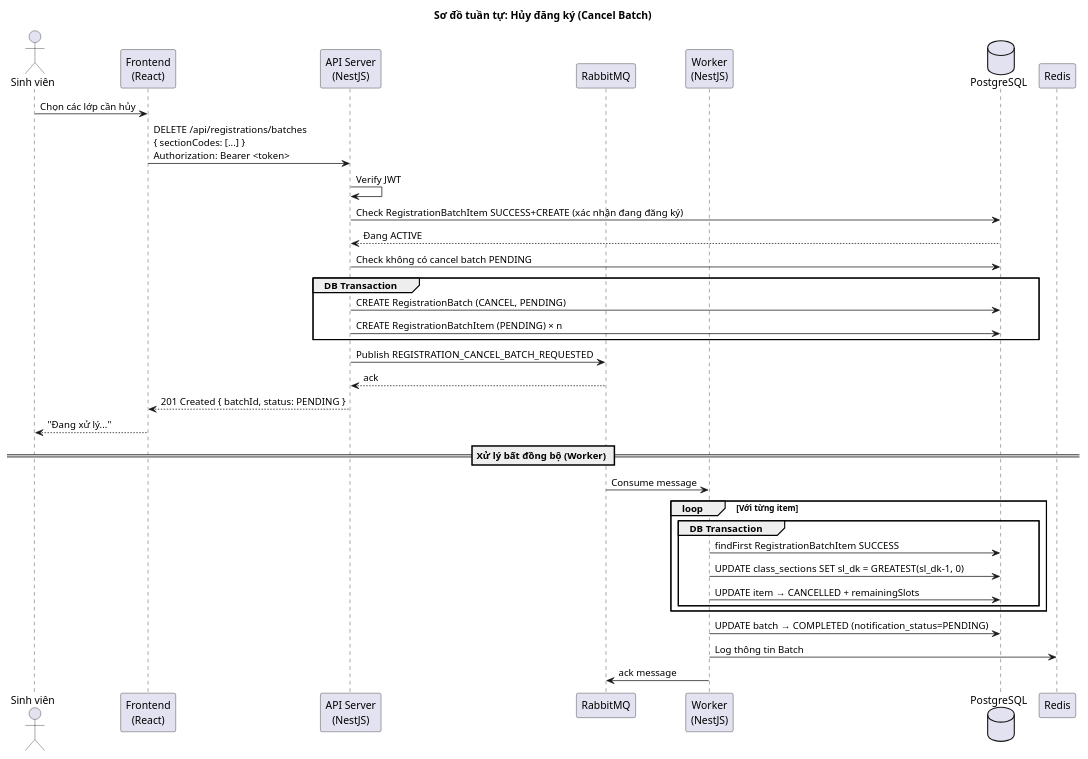
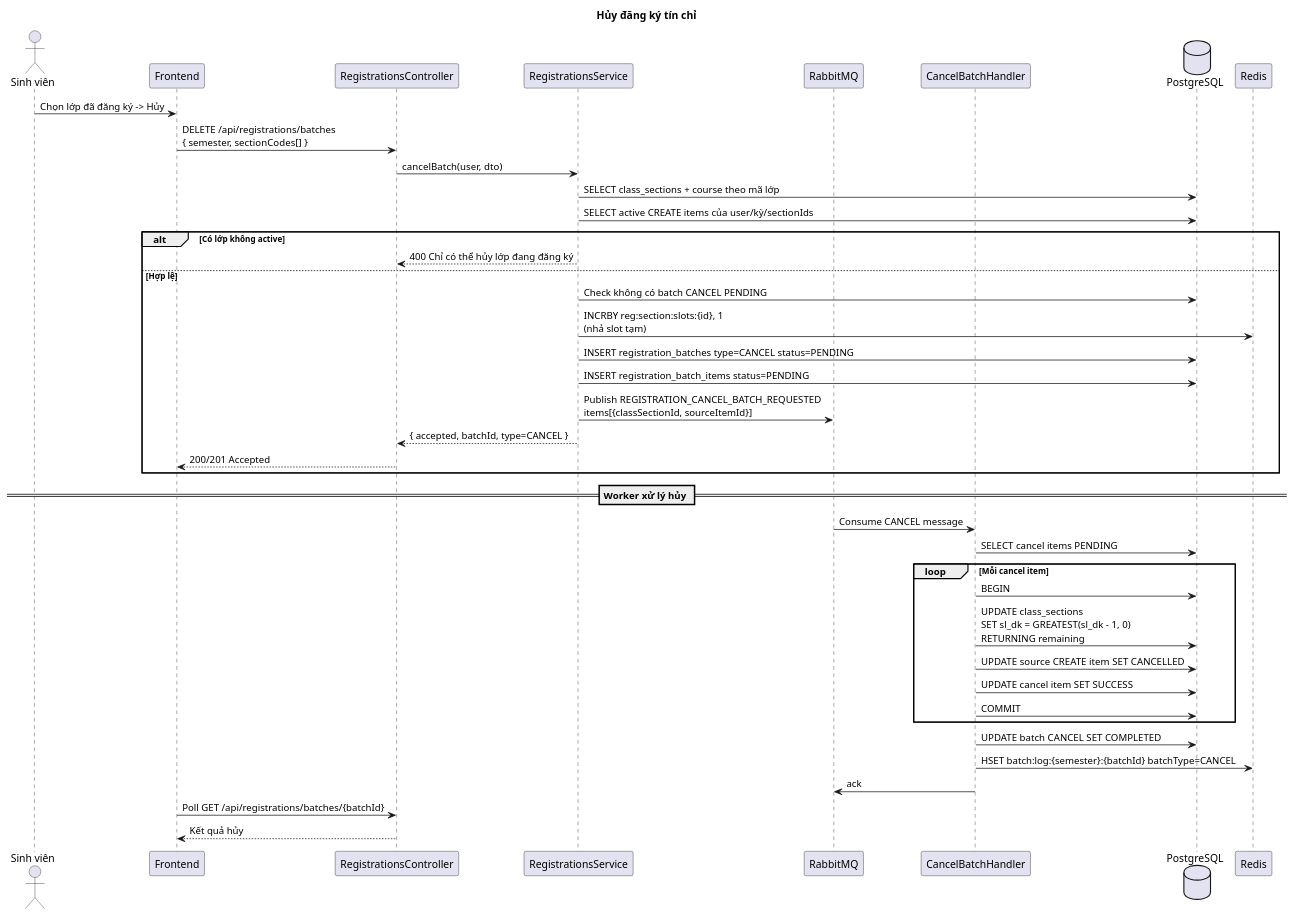
The sixth of 20 diagrams in docs/doc/sequence-diagrams.md (huyhuyqazwsx/do_an_tot_nghiep), drawn with PlantUML before and after one commit. The commit also changed other lines of this file and 1 other file, not shown here.

````diff
--- a/docs/doc/sequence-diagrams.md
+++ b/docs/doc/sequence-diagrams.md
@@ -125,49 +277,51 @@
 ```plantuml
-@startuml SD_CancelBatch
-title Sơ đồ tuần tự: Hủy đăng ký (Cancel Batch)
+@startuml SD_CancelRegistrationBatch
+title Hủy đăng ký tín chỉ
 
 actor "Sinh viên" as SV
-participant "Frontend\n(React)" as FE
-participant "API Server\n(NestJS)" as API
+participant "Frontend" as FE
+participant "RegistrationsController" as RegC
+participant "RegistrationsService" as RegS
 participant "RabbitMQ" as MQ
-participant "Worker\n(NestJS)" as Worker
+participant "CancelBatchHandler" as Worker
 database "PostgreSQL" as DB
 participant "Redis" as Redis
 
-SV -> FE : Chọn các lớp cần hủy
+SV -> FE : Chọn lớp đã đăng ký -> Hủy
+FE -> RegC : DELETE /api/registrations/batches\n{ semester, sectionCodes[] }
+RegC -> RegS : cancelBatch(user, dto)
 
-FE -> API : DELETE /api/registrations/batches\n{ sectionCodes: [...] }\nAuthorization: Bearer <token>
-
-API -> API : Verify JWT
-API -> DB : Check RegistrationBatchItem SUCCESS+CREATE (xác nhận đang đăng ký)
-DB --> API : Đang ACTIVE
-API -> DB : Check không có cancel batch PENDING
-
-group DB Transaction
-    API -> DB : CREATE RegistrationBatch (CANCEL, PENDING)
-    API -> DB : CREATE RegistrationBatchItem (PENDING) × n
+RegS -> DB : SELECT class_sections + course theo mã lớp
+RegS -> DB : SELECT active CREATE items của user/kỳ/sectionIds
+alt Có lớp không active
+  RegS --> RegC : 400 Chỉ có thể hủy lớp đang đăng ký
+else Hợp lệ
+  RegS -> DB : Check không có batch CANCEL PENDING
+  RegS -> Redis : INCRBY reg:section:slots:{id}, 1\n(nhả slot tạm)
+  RegS -> DB : INSERT registration_batches type=CANCEL status=PENDING
+  RegS -> DB : INSERT registration_batch_items status=PENDING
+  RegS -> MQ : Publish REGISTRATION_CANCEL_BATCH_REQUESTED\nitems[{classSectionId, sourceItemId}]
+  RegS --> RegC : { accepted, batchId, type=CANCEL }
+  RegC --> FE : 200/201 Accepted
 end
 
-API -> MQ : Publish REGISTRATION_CANCEL_BATCH_REQUESTED
-MQ --> API : ack
-API --> FE : 201 Created { batchId, status: PENDING }
-FE --> SV : "Đang xử lý..."
+== Worker xử lý hủy ==
 
-== Xử lý bất đồng bộ (Worker) ==
+MQ -> Worker : Consume CANCEL message
+Worker -> DB : SELECT cancel items PENDING
 
-MQ -> Worker : Consume message
-
-loop Với từng item
-    group DB Transaction
-        Worker -> DB : findFirst RegistrationBatchItem SUCCESS
-        Worker -> DB : UPDATE class_sections SET sl_dk = GREATEST(sl_dk-1, 0)
-        Worker -> DB : UPDATE item → CANCELLED + remainingSlots
-    end
+loop Mỗi cancel item
+  Worker -> DB : BEGIN
+  Worker -> DB : UPDATE class_sections\nSET sl_dk = GREATEST(sl_dk - 1, 0)\nRETURNING remaining
+  Worker -> DB : UPDATE source CREATE item SET CANCELLED
+  Worker -> DB : UPDATE cancel item SET SUCCESS
+  Worker -> DB : COMMIT
 end
 
-Worker -> DB : UPDATE batch → COMPLETED (notification_status=PENDING)
-Worker -> Redis : Log thông tin Batch
-Worker -> MQ : ack message
-
+Worker -> DB : UPDATE batch CANCEL SET COMPLETED
+Worker -> Redis : HSET batch:log:{semester}:{batchId} batchType=CANCEL
+Worker -> MQ : ack
+FE -> RegC : Poll GET /api/registrations/batches/{batchId}
+RegC --> FE : Kết quả hủy
 @enduml
 ```
````
